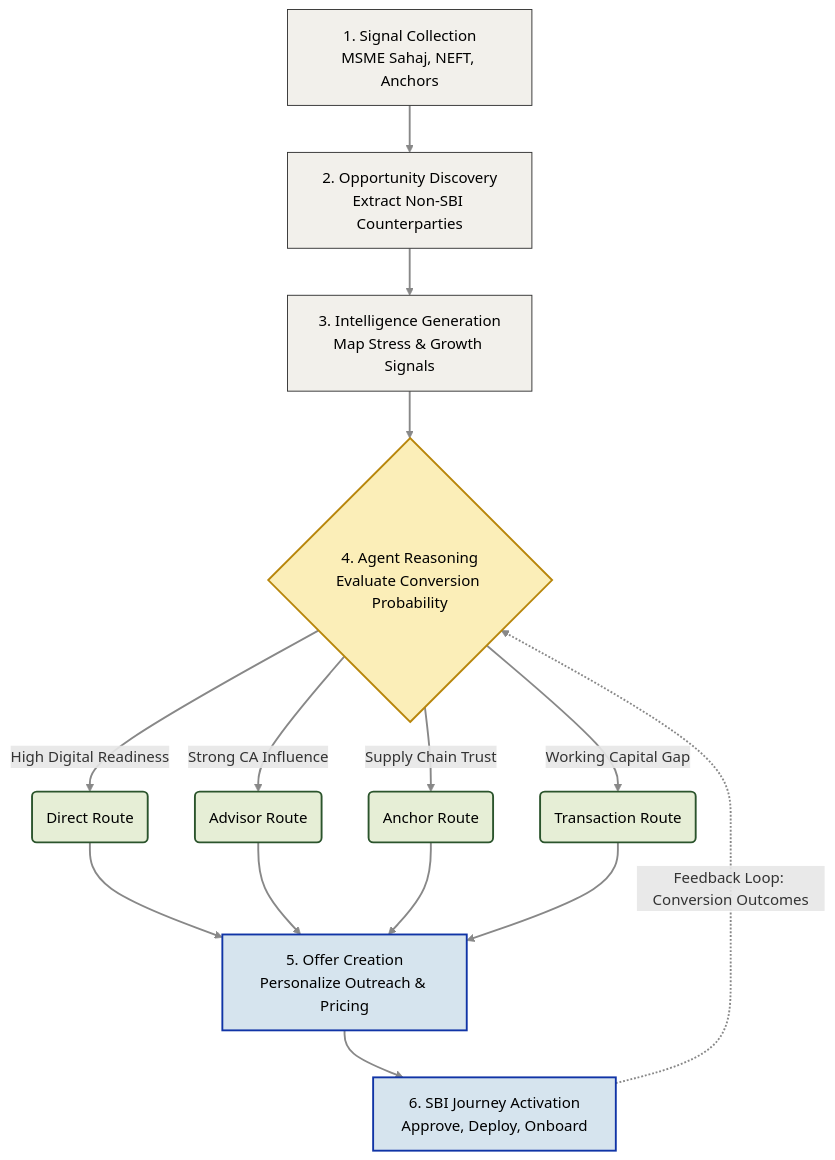
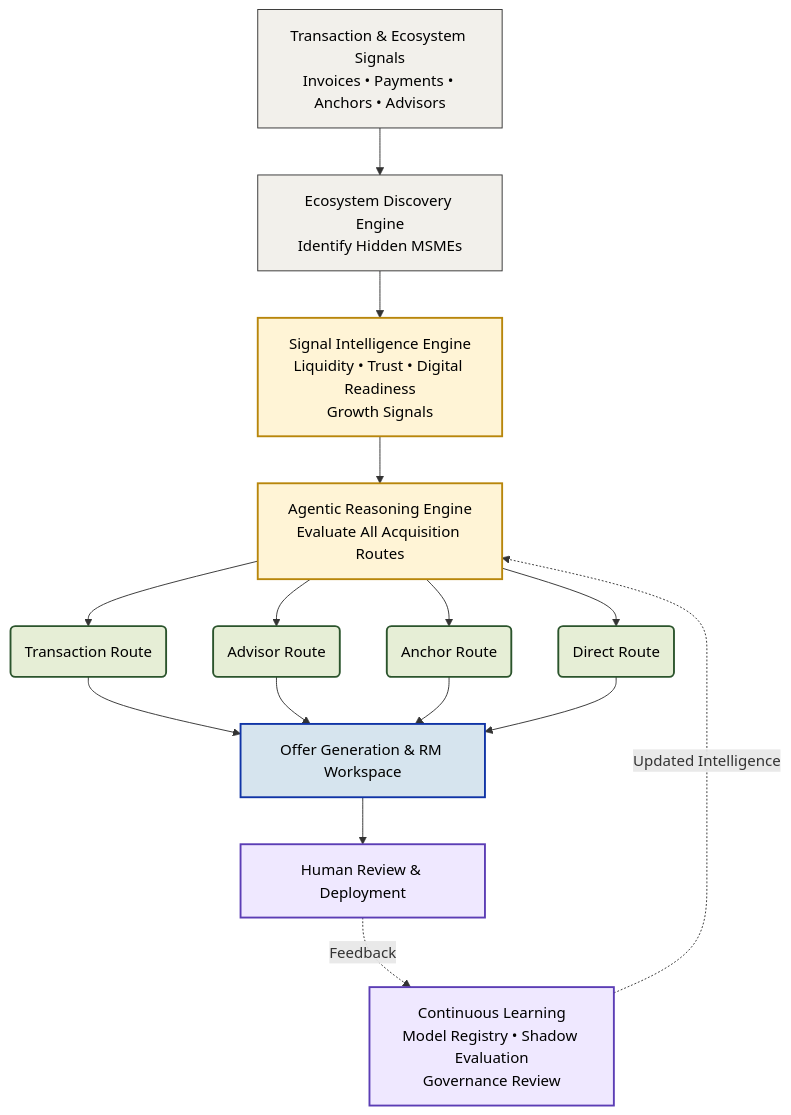
The diagram in README.md (BlackIron007/sahaj-pathfinder), drawn with Mermaid before and after one commit. The commit also changed other lines of this file and 23 other files, not shown here.

````diff
--- a/README.md
+++ b/README.md
@@ -63,27 +131,32 @@
 ```mermaid
 flowchart TD
-    %% Theme-Safe Styling (Visible on dark/light themes)
+    %% Theme-safe styling
     classDef signal fill:#f2f0eb,stroke:#333,stroke-width:1px,color:#000;
-    classDef agent fill:#fbeeb8,stroke:#b8860b,stroke-width:2px,color:#000;
+    classDef intelligence fill:#fff4d6,stroke:#b8860b,stroke-width:2px,color:#000;
     classDef route fill:#e6eed6,stroke:#2b542c,stroke-width:2px,color:#000;
     classDef action fill:#d6e4ee,stroke:#1034a6,stroke-width:2px,color:#000;
-    linkStyle default stroke:#888,stroke-width:2px;
+    classDef governance fill:#efe8ff,stroke:#5b3db5,stroke-width:2px,color:#000;
 
-    A[1. Signal Collection\nMSME Sahaj, NEFT, Anchors]:::signal --> B[2. Opportunity Discovery\nExtract Non-SBI Counterparties]:::signal
-    B --> C[3. Intelligence Generation\nMap Stress & Growth Signals]:::signal
-    C --> D{4. Agent Reasoning\nEvaluate Conversion Probability}:::agent
-    
-    D -->|High Digital Readiness| E1(Direct Route):::route
-    D -->|Strong CA Influence| E2(Advisor Route):::route
-    D -->|Supply Chain Trust| E3(Anchor Route):::route
-    D -->|Working Capital Gap| E4(Transaction Route):::route
-    
-    E1 --> F[5. Offer Creation\nPersonalize Outreach & Pricing]:::action
+    A[Transaction & Ecosystem Signals<br/>Invoices • Payments • Anchors • Advisors]:::signal
+        --> B[Ecosystem Discovery Engine<br/>Identify Hidden MSMEs]:::signal
+
+    B --> C[Signal Intelligence Engine<br/>Liquidity • Trust • Digital Readiness<br/>Growth Signals]:::intelligence
+
+    C --> D[Agentic Reasoning Engine<br/>Evaluate All Acquisition Routes]:::intelligence
+
+    D --> E1(Transaction Route):::route
+    D --> E2(Advisor Route):::route
+    D --> E3(Anchor Route):::route
+    D --> E4(Direct Route):::route
+
+    E1 --> F[Offer Generation & RM Workspace]:::action
     E2 --> F
     E3 --> F
     E4 --> F
-    
-    F --> G[6. SBI Journey Activation\nApprove, Deploy, Onboard]:::action
-    G -.->|Feedback Loop: Conversion Outcomes| D
 
+    F --> G[Human Review & Deployment]:::governance
+
+    G -. Feedback .-> H[Continuous Learning<br/>Model Registry • Shadow Evaluation<br/>Governance Review]:::governance
+
+    H -. Updated Intelligence .-> D
 ```
````
